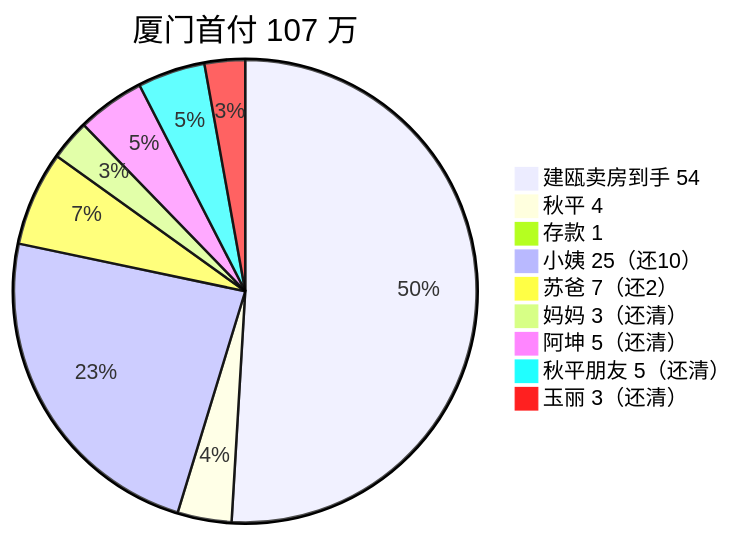
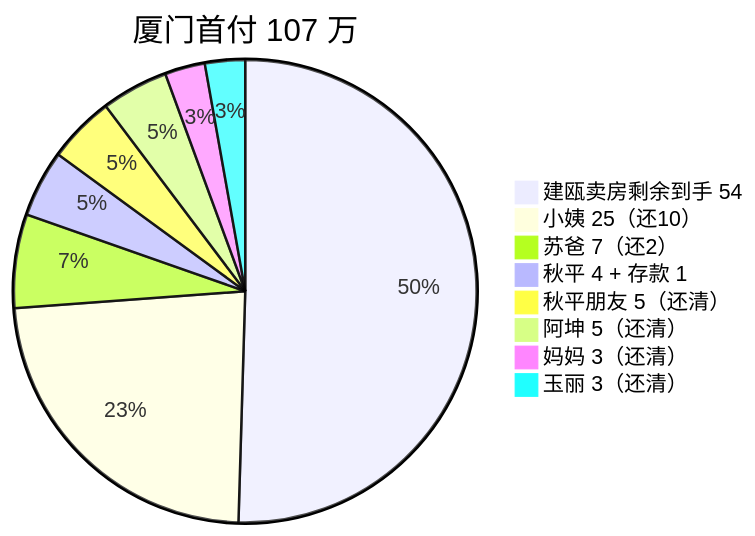
The diagram in docs/article/2024/10years/2020.md (dogodo-cc/dogodo-cc.github.io), drawn with Mermaid before and after one commit. The commit also changed other lines of this file and 5 other files, not shown here.

````diff
--- a/docs/article/2024/10years/2020.md
+++ b/docs/article/2024/10years/2020.md
@@ -16,13 +18,11 @@
 ```mermaid
 pie title 厦门首付 107 万
-    "建瓯卖房到手 54" : 54
-    "秋平 4" : 4
-    "存款 1" : 1
+    "建瓯卖房剩余到手 54" : 54
     "小姨 25（还10）" : 25
     "苏爸 7（还2）" : 7
+    "秋平 4 + 存款 1" : 5
+    "秋平朋友 5（还清）" : 5
+    "阿坤 5（还清）" : 5
     "妈妈 3（还清）" : 3
-    "阿坤 5（还清）" : 5
-    "秋平朋友 5（还清）" : 5
     "玉丽 3（还清）" : 3
-
 ```
````
